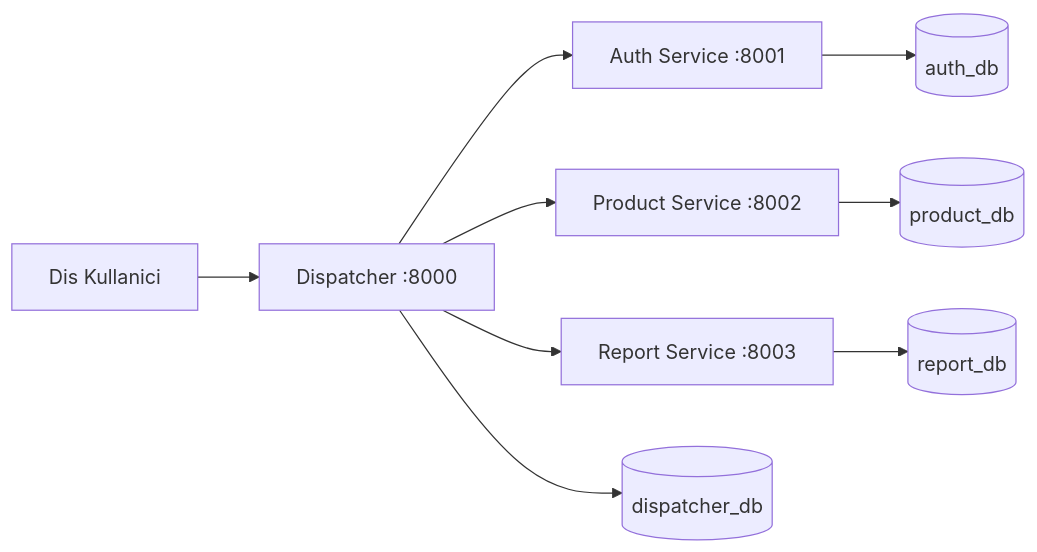
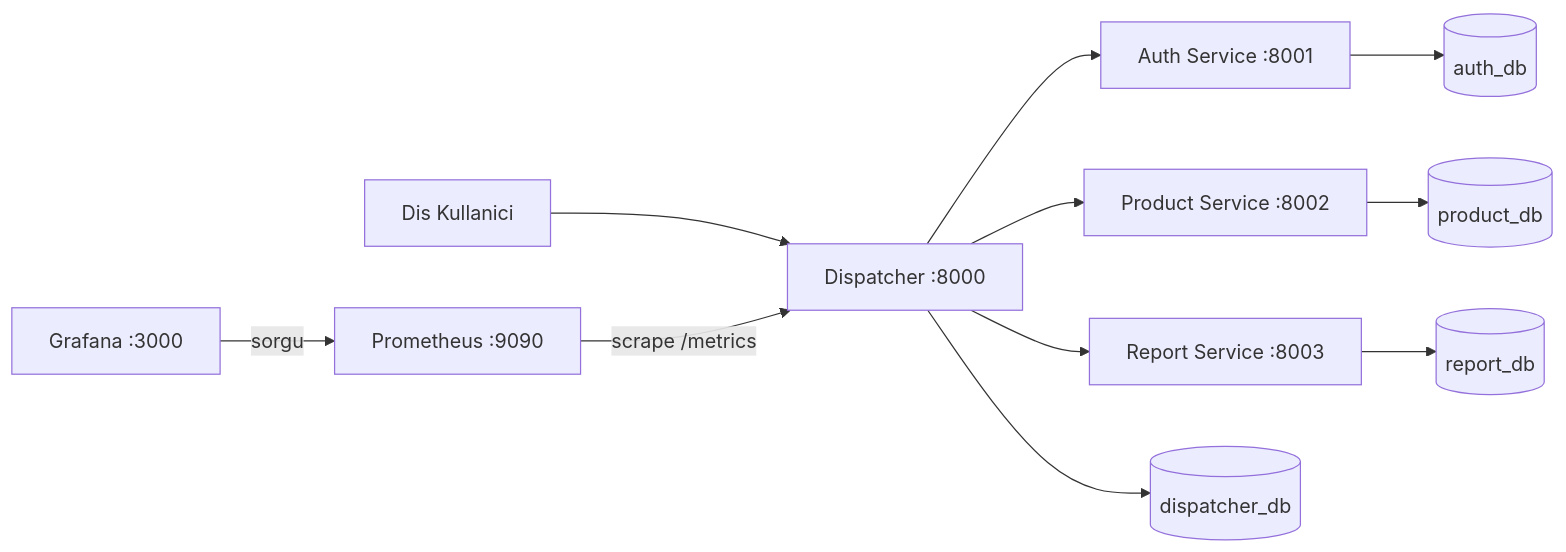
One commit to elifaysan/YAZ_lab changed the first of 3 diagrams in README.md. Above: the diagram before and after it, drawn with Mermaid. The commit also changed other lines of this file and 9 other files, not shown here.

````diff
--- a/README.md
+++ b/README.md
@@ -132,12 +152,15 @@
 ```mermaid
 flowchart LR
   U[Dis Kullanici] --> D[Dispatcher :8000]
   D --> A[Auth Service :8001]
   D --> P[Product Service :8002]
   D --> R[Report Service :8003]
 
   D --> DDB[(dispatcher_db)]
   A --> ADB[(auth_db)]
   P --> PDB[(product_db)]
   R --> RDB[(report_db)]
+
+  PR[Prometheus :9090] -->|scrape /metrics| D
+  G[Grafana :3000] -->|sorgu| PR
 ```
````
